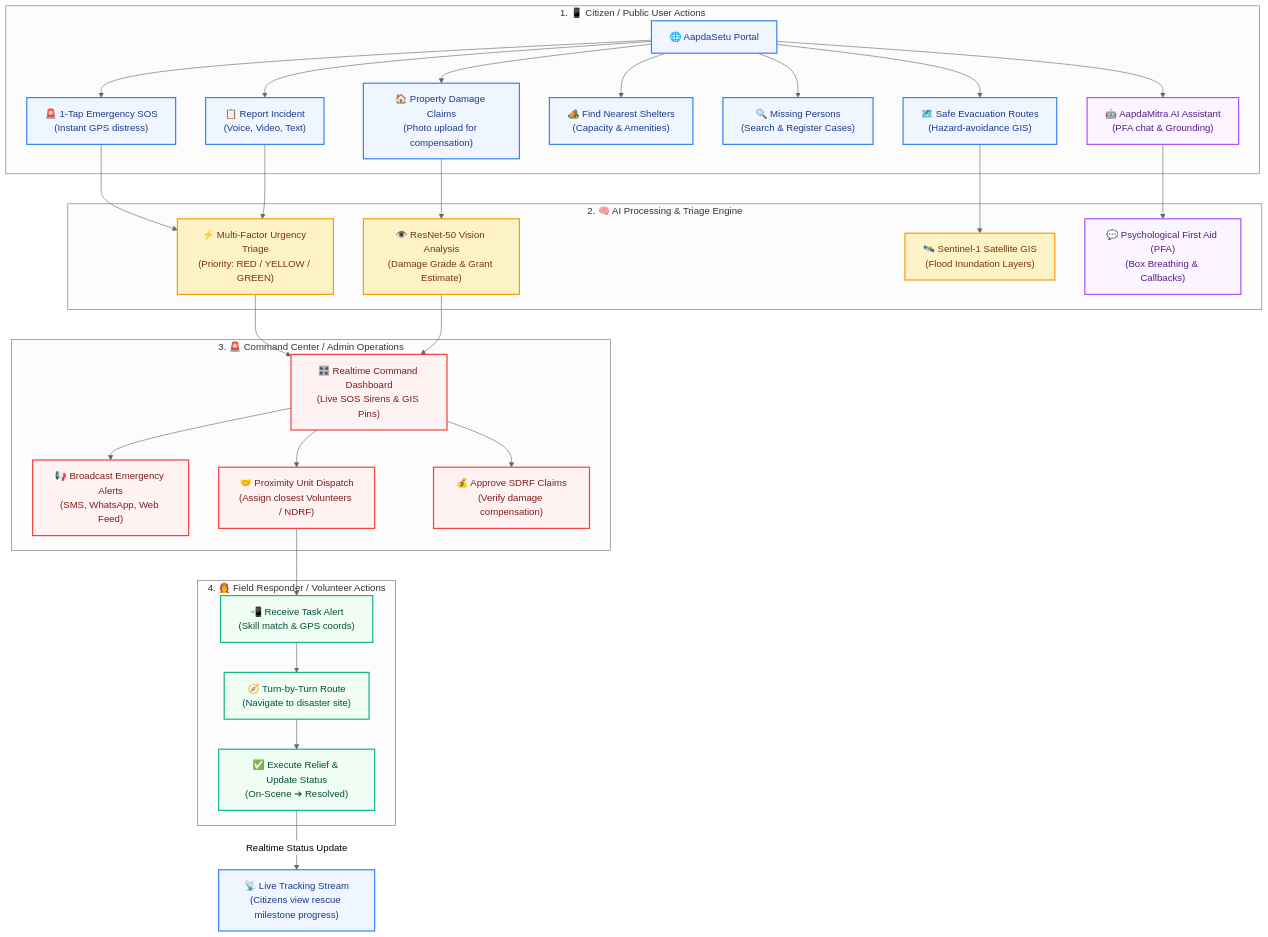
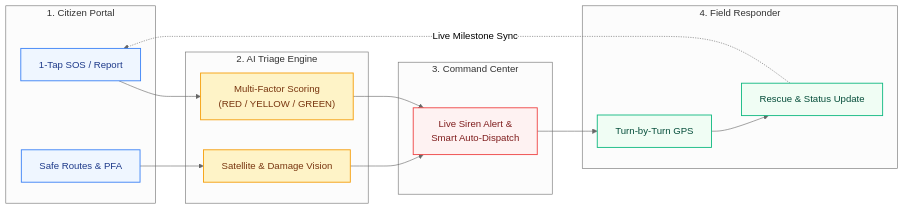
The first of 5 diagrams in README.md (MrinallSamal-byte/SIH), drawn with Mermaid (neutral theme) before and after one commit.

Commit message:
Revise workflow diagram in README
Updated the workflow diagram to reflect new citizen portal structure and AI triage engine.

````diff
--- a/README.md
+++ b/README.md
@@ -56,41 +56,40 @@
 ```mermaid
-flowchart TD
-    classDef citizen fill:#eff6ff,stroke:#3b82f6,stroke-width:2px,color:#1e3a8a;
-    classDef triage fill:#fef3c7,stroke:#f59e0b,stroke-width:2px,color:#78350f;
-    classDef volunteer fill:#f0fdf4,stroke:#10b981,stroke-width:2px,color:#064e3b;
-    classDef admin fill:#fef2f2,stroke:#ef4444,stroke-width:2px,color:#7f1d1d;
-    classDef pfa fill:#faf5ff,stroke:#a855f7,stroke-width:2px,color:#581c87;
-
-    subgraph Citizen["1. 📱 Citizen / Public User Actions"]
-        A["🌐 AapdaSetu Portal"]:::citizen
-        A --> B1["🚨 1-Tap Emergency SOS\n(Instant GPS distress)"]:::citizen
-        A --> B2["📋 Report Incident\n(Voice, Video, Text)"]:::citizen
-        A --> B3["🗺️ Safe Evacuation Routes\n(Hazard-avoidance GIS)"]:::citizen
-        A --> B4["🏕️ Find Nearest Shelters\n(Capacity & Amenities)"]:::citizen
-        A --> B5["🔍 Missing Persons\n(Search & Register Cases)"]:::citizen
-        A --> B6["🏠 Property Damage Claims\n(Photo upload for compensation)"]:::citizen
-        A --> B7["🤖 AapdaMitra AI Assistant\n(PFA chat & Grounding)"]:::pfa
+flowchart LR
+    subgraph C1["1. Citizen Portal"]
+        A1["1-Tap SOS / Report"]
+        A2["Safe Routes & PFA"]
     end
 
-    subgraph AI["2. 🧠 AI Processing & Triage Engine"]
-        B1 & B2 --> C1["⚡ Multi-Factor Urgency Triage\n(Priority: RED / YELLOW / GREEN)"]:::triage
-        B6 --> C2["👁️ ResNet-50 Vision Analysis\n(Damage Grade & Grant Estimate)"]:::triage
-        B3 --> C3["🛰️ Sentinel-1 Satellite GIS\n(Flood Inundation Layers)"]:::triage
-        B7 --> C4["💬 Psychological First Aid (PFA)\n(Box Breathing & Callbacks)"]:::pfa
+    subgraph C2["2. AI Triage Engine"]
+        B1["Multi-Factor Scoring<br/>(RED / YELLOW / GREEN)"]
+        B2["Satellite & Damage Vision"]
     end
 
-    subgraph Admin["3. 🚨 Command Center / Admin Operations"]
-        C1 & C2 --> D1["🎛️ Realtime Command Dashboard\n(Live SOS Sirens & GIS Pins)"]:::admin
-        D1 --> D2["📢 Broadcast Emergency Alerts\n(SMS, WhatsApp, Web Feed)"]:::admin
-        D1 --> D3["🤝 Proximity Unit Dispatch\n(Assign closest Volunteers / NDRF)"]:::admin
-        D1 --> D4["💰 Approve SDRF Claims\n(Verify damage compensation)"]:::admin
+    subgraph C3["3. Command Center"]
+        C_Admin["Live Siren Alert &<br/>Smart Auto-Dispatch"]
     end
 
-    subgraph Volunteer["4. 🧑‍🚒 Field Responder / Volunteer Actions"]
-        D3 --> E1["📲 Receive Task Alert\n(Skill match & GPS coords)"]:::volunteer
-        E1 --> E2["🧭 Turn-by-Turn Route\n(Navigate to disaster site)"]:::volunteer
-        E2 --> E3["✅ Execute Relief & Update Status\n(On-Scene ➔ Resolved)"]:::volunteer
+    subgraph C4["4. Field Responder"]
+        D1["Turn-by-Turn GPS"]
+        D2["Rescue & Status Update"]
     end
 
-    E3 -->|Realtime Status Update| F["📡 Live Tracking Stream\n(Citizens view rescue milestone progress)"]:::citizen
+    A1 --> B1
+    A2 --> B2
+    B1 --> C_Admin
+    B2 --> C_Admin
+    C_Admin --> D1
+    D1 --> D2
+    D2 -.->|Live Milestone Sync| A1
+
+    classDef default fill:#ffffff,stroke:#475569,stroke-width:1.5px,color:#0f172a;
+    classDef citizen fill:#eff6ff,stroke:#3b82f6,stroke-width:1.5px,color:#1e3a8a;
+    classDef ai fill:#fef3c7,stroke:#f59e0b,stroke-width:1.5px,color:#78350f;
+    classDef admin fill:#fef2f2,stroke:#ef4444,stroke-width:1.5px,color:#7f1d1d;
+    classDef volunteer fill:#f0fdf4,stroke:#10b981,stroke-width:1.5px,color:#064e3b;
+
+    class A1,A2 citizen;
+    class B1,B2 ai;
+    class C_Admin admin;
+    class D1,D2 volunteer;
 ```
````
